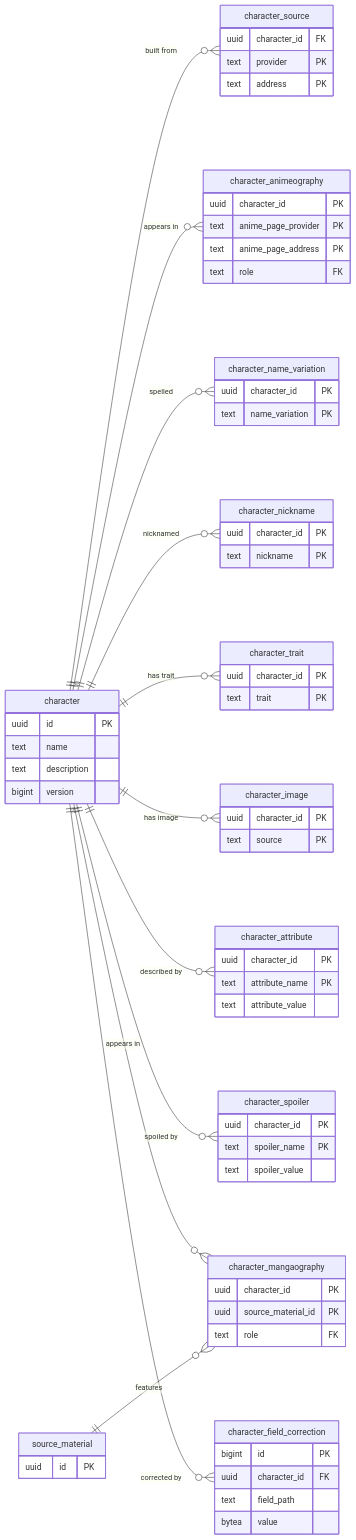
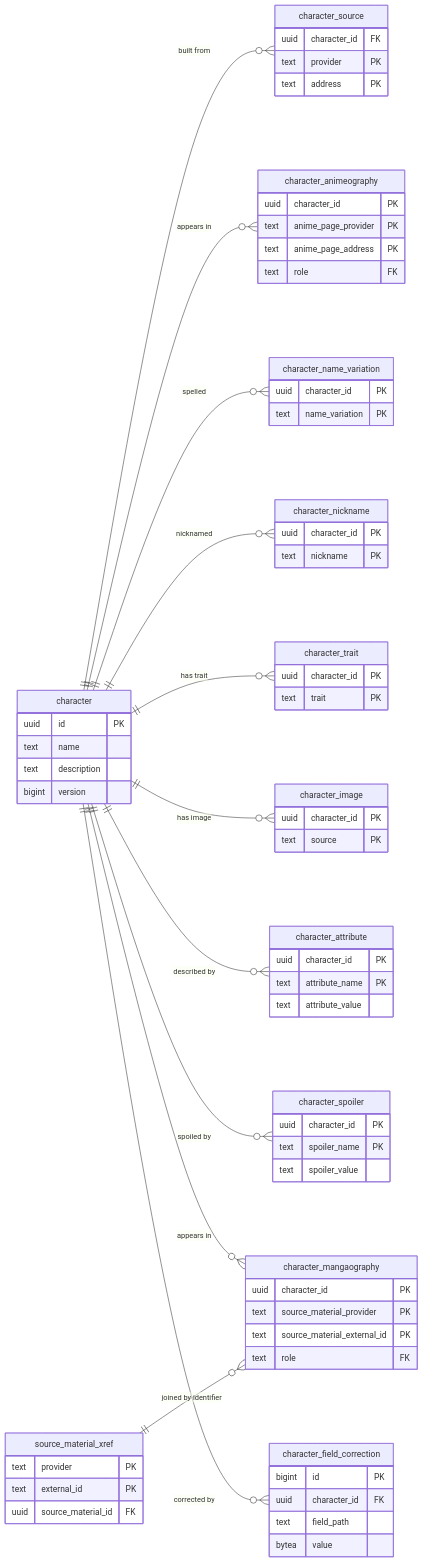
The sixth of 8 diagrams in docs/architecture/Database Schema.md (adnanaq/echora), drawn with Mermaid before and after one commit. The commit also changed other lines of this file and 1 other file, not shown here.

First line of the commit message:
docs(ECHO-104): Describe mangaography stored by identifier

````diff
--- a/docs/architecture/Database Schema.md
+++ b/docs/architecture/Database Schema.md
@@ -373,73 +373,76 @@
 ```mermaid
 erDiagram
   direction LR
   character ||--o{ character_source : "built from"
   character ||--o{ character_animeography : "appears in"
   character ||--o{ character_name_variation : "spelled"
   character ||--o{ character_nickname : "nicknamed"
   character ||--o{ character_trait : "has trait"
   character ||--o{ character_image : "has image"
   character ||--o{ character_attribute : "described by"
   character ||--o{ character_spoiler : "spoiled by"
   character ||--o{ character_mangaography : "appears in"
-  source_material ||--o{ character_mangaography : "features"
+  source_material_xref ||--o{ character_mangaography : "joined by identifier"
   character ||--o{ character_field_correction : "corrected by"
 
   character {
     uuid id PK
     text name
     text description
     bigint version
   }
   character_source {
     uuid character_id FK
     text provider PK
     text address PK
   }
   character_animeography {
     uuid character_id PK
     text anime_page_provider PK
     text anime_page_address PK
     text role FK
   }
   character_name_variation {
     uuid character_id PK
     text name_variation PK
   }
   character_nickname {
     uuid character_id PK
     text nickname PK
   }
   character_trait {
     uuid character_id PK
     text trait PK
   }
   character_image {
     uuid character_id PK
     text source PK
   }
   character_attribute {
     uuid character_id PK
     text attribute_name PK
     text attribute_value
   }
   character_spoiler {
     uuid character_id PK
     text spoiler_name PK
     text spoiler_value
   }
   character_mangaography {
     uuid character_id PK
-    uuid source_material_id PK
+    text source_material_provider PK
+    text source_material_external_id PK
     text role FK
   }
-  source_material {
-    uuid id PK
+  source_material_xref {
+    text provider PK
+    text external_id PK
+    uuid source_material_id FK
   }
   character_field_correction {
     bigint id PK
     uuid character_id FK
     text field_path
     bytea value
   }
 ```
````
